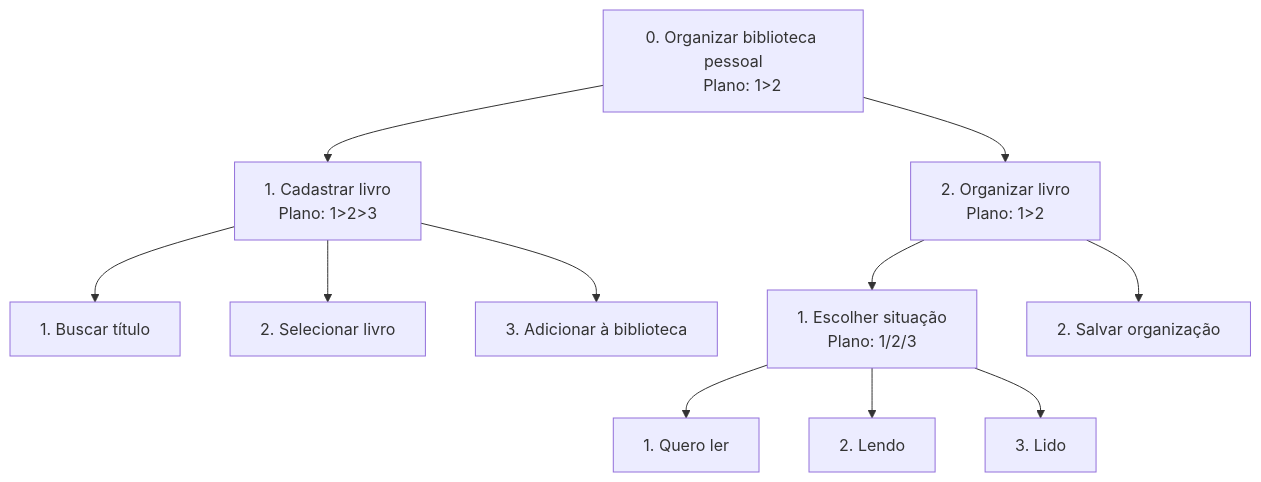
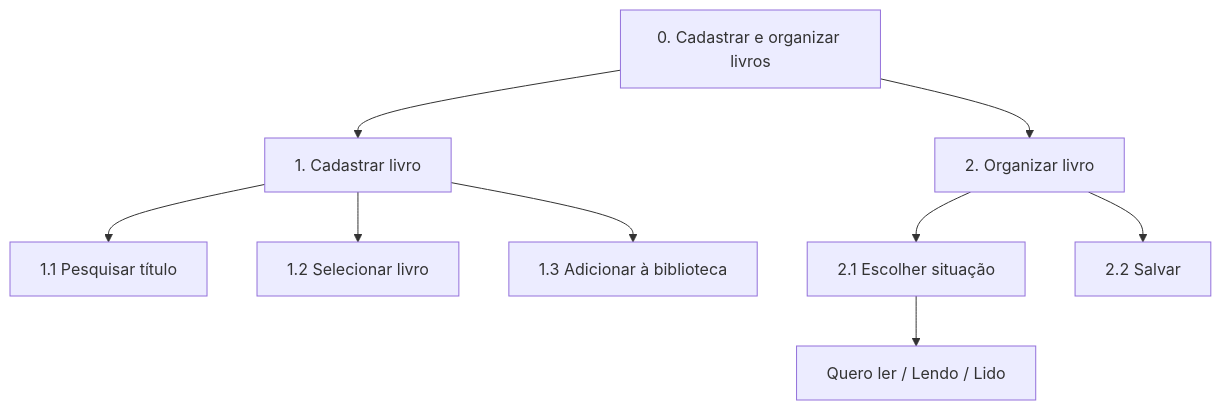
Before and after one commit to GabrielRochadeLima/FRONTEND-CCP310-PROJETO: the diagram in docs/6_analise_tarefas.md, drawn with Mermaid. The commit also changed other lines of this file, not shown here.

````diff
--- a/docs/6_analise_tarefas.md
+++ b/docs/6_analise_tarefas.md
@@ -11,29 +9,12 @@
 ```mermaid
 flowchart TD
-    A["0. Organizar biblioteca pessoal
-    Plano: 1>2"]
-    B["1. Cadastrar livro
-    Plano: 1>2>3"]
-    C["2. Organizar livro
-    Plano: 1>2"]
-    D["1. Buscar título"]
-    E["2. Selecionar livro"]
-    F["3. Adicionar à biblioteca"]
-    G["1. Escolher situação
-    Plano: 1/2/3"]
-    H["2. Salvar organização"]
-    I["1. Quero ler"]
-    J["2. Lendo"]
-    K["3. Lido"]
-
-    A --> B
-    A --> C
-    B --> D
-    B --> E
-    B --> F
-    C --> G
-    C --> H
-    G --> I
-    G --> J
-    G --> K
+    A["0. Cadastrar e organizar livros"]
+    A --> B["1. Cadastrar livro"]
+    A --> C["2. Organizar livro"]
+    B --> D["1.1 Pesquisar título"]
+    B --> E["1.2 Selecionar livro"]
+    B --> F["1.3 Adicionar à biblioteca"]
+    C --> G["2.1 Escolher situação"]
+    C --> H["2.2 Salvar"]
+    G --> I["Quero ler / Lendo / Lido"]
 ```
````
